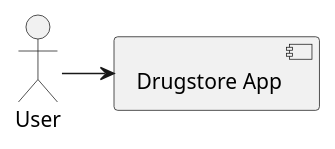
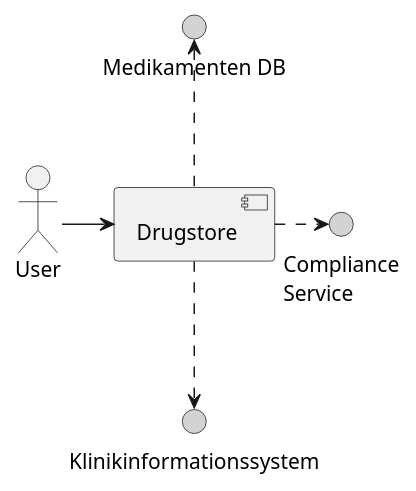
Before and after one commit to lucahost/drugstore: the diagram in docs/building-blocks/building-blocks-0.plantuml, drawn with PlantUML. The commit also changed 3 other files, not shown here.

```diff
--- a/docs/building-blocks/building-blocks-0.plantuml
+++ b/docs/building-blocks/building-blocks-0.plantuml
@@ -1,9 +1,16 @@
 @startuml
 
 actor "User" as user
 
-[Drugstore App] as drugstore
+interface Klinikinformationssystem as ki #lightgrey
+interface "Medikamenten DB" as mdb #lightgrey
+interface "Compliance\nService" as cs #lightgrey
+[Drugstore] as drugstore
 
 user -right-> drugstore
 
+drugstore .down.> ki
+drugstore .up.> mdb
+drugstore .right.> cs
+
 @enduml
```
